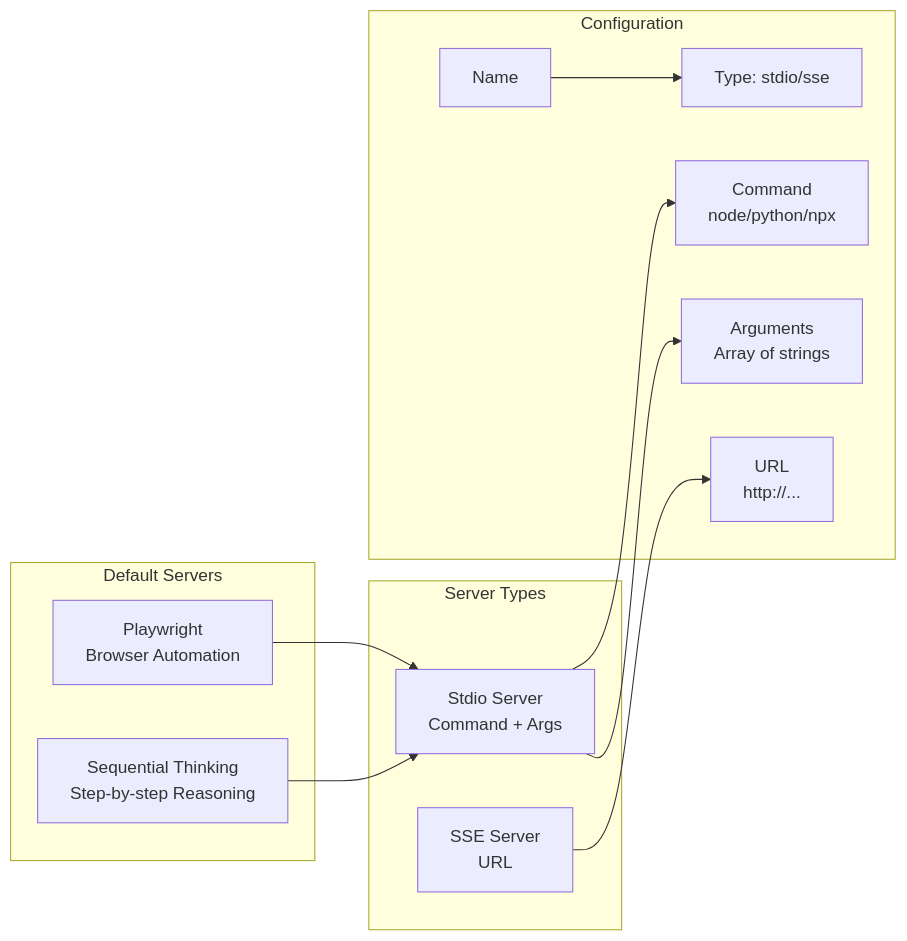
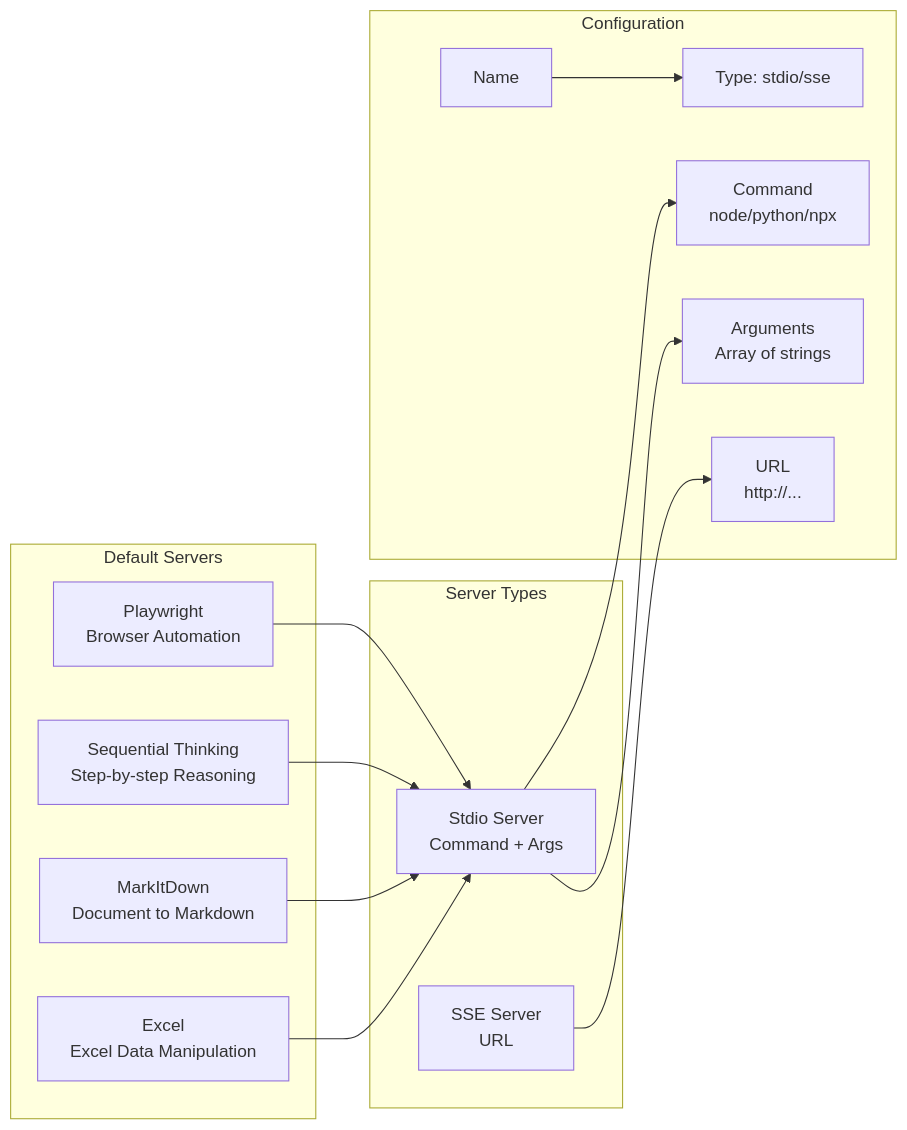
One commit to meharajM/ai-worker.app changed diagram 15 of 33 in architecture.md. Above: the diagram before and after it, drawn with Mermaid. The commit also changed other lines of this file and 5 other files, not shown here.

````diff
--- a/architecture.md
+++ b/architecture.md
@@ -620,27 +620,31 @@
 ```mermaid
 graph LR
     subgraph "Server Types"
         Stdio[Stdio Server<br/>Command + Args]
         SSE[SSE Server<br/>URL]
     end
 
     subgraph "Configuration"
         Name[Name]
         Type[Type: stdio/sse]
         Command[Command<br/>node/python/npx]
         Args[Arguments<br/>Array of strings]
         URL[URL<br/>http://...]
     end
 
     subgraph "Default Servers"
         Playwright[Playwright<br/>Browser Automation]
         SequentialThinking[Sequential Thinking<br/>Step-by-step Reasoning]
+        MarkItDown[MarkItDown<br/>Document to Markdown]
+        Excel[Excel<br/>Excel Data Manipulation]
     end
 
     Stdio --> Command
     Stdio --> Args
     SSE --> URL
     Name --> Type
     Playwright --> Stdio
     SequentialThinking --> Stdio
+    MarkItDown --> Stdio
+    Excel --> Stdio
 ```
````
